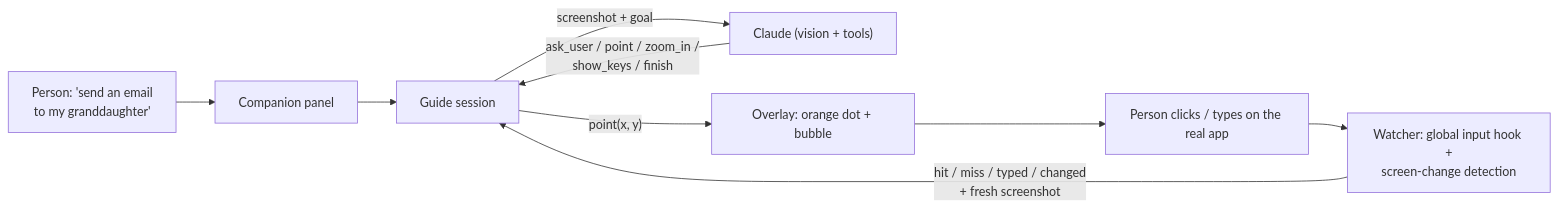
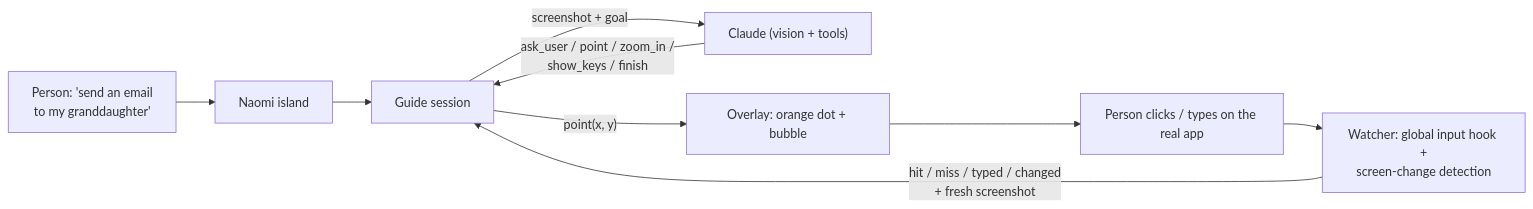
The diagram in README.md (AuvroIslam/Naomi), drawn with Mermaid before and after one commit. The commit also changed other lines of this file and 4 other files, not shown here.

````diff
--- a/README.md
+++ b/README.md
@@ -53,11 +54,11 @@
 ```mermaid
 flowchart LR
-    U["Person: 'send an email<br/>to my granddaughter'"] --> P[Companion panel]
+    U["Person: 'send an email<br/>to my granddaughter'"] --> P[Naomi island]
     P --> G[Guide session]
     G -- "screenshot + goal" --> C["Claude (vision + tools)"]
     C -- "ask_user / point / zoom_in /<br/>show_keys / finish" --> G
     G -- "point(x, y)" --> O[Overlay: orange dot + bubble]
     O --> S[Person clicks / types on the real app]
     S --> W["Watcher: global input hook +<br/>screen-change detection"]
     W -- "hit / miss / typed / changed<br/>+ fresh screenshot" --> G
 ```
````
